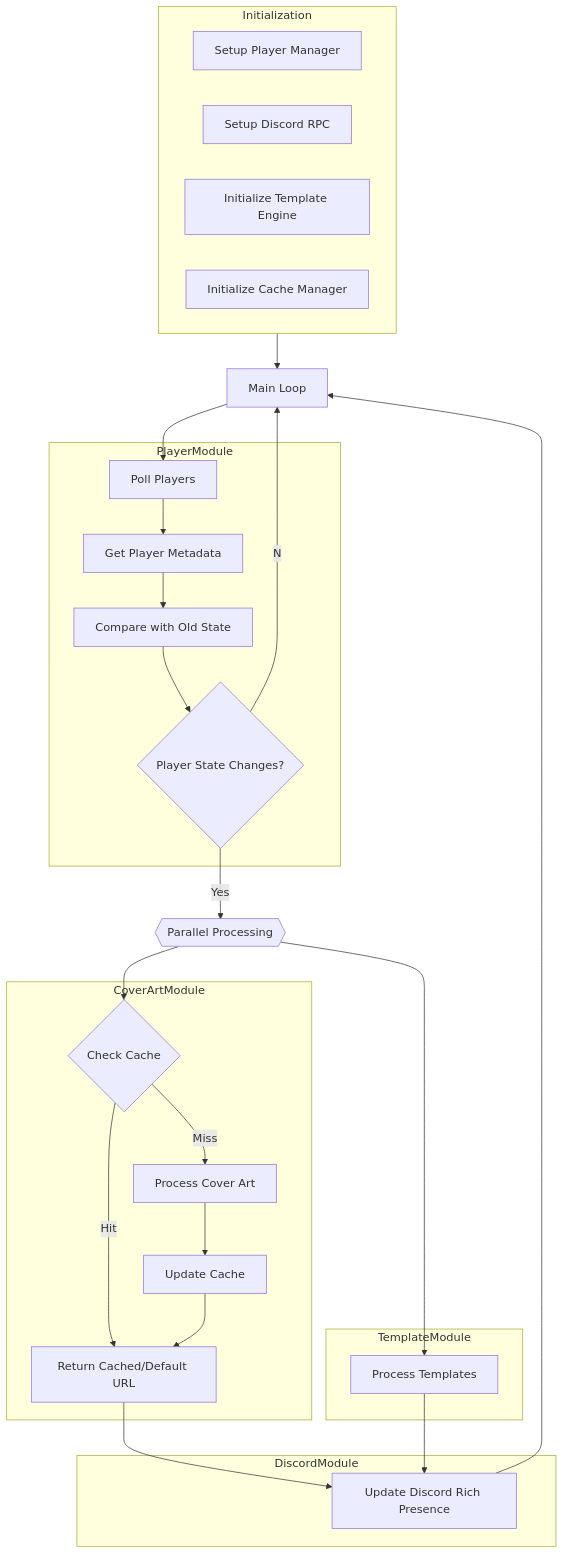
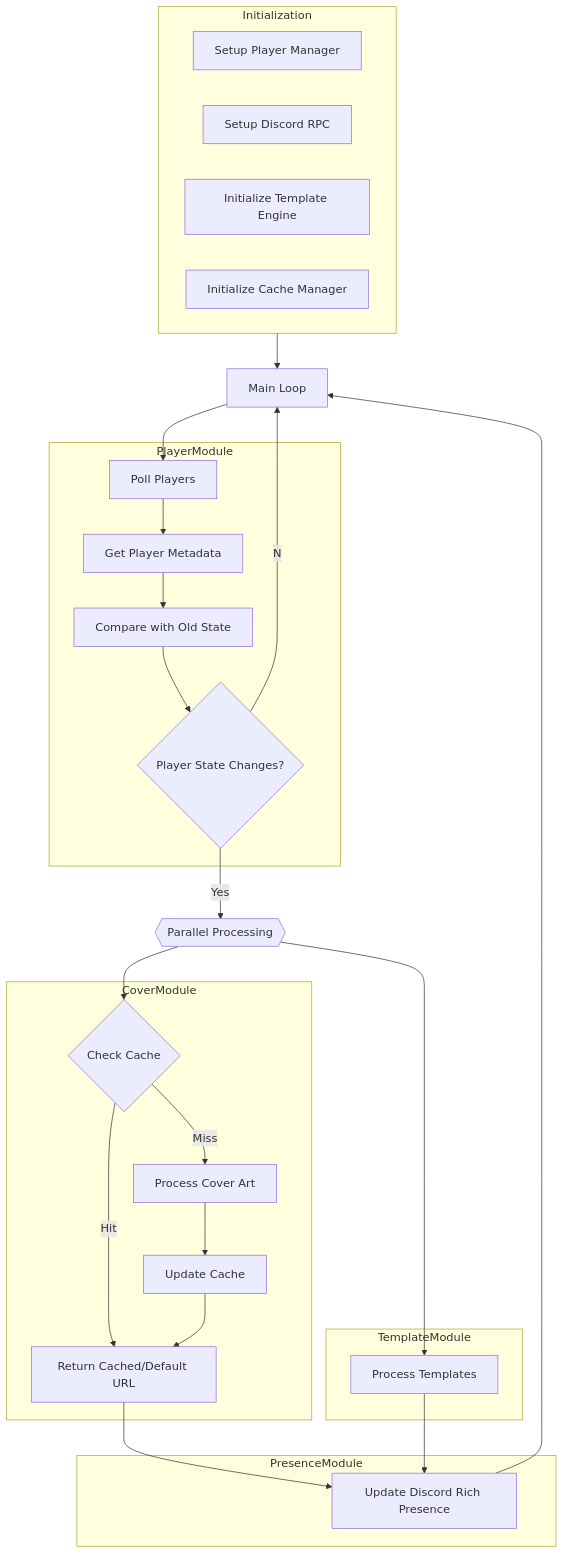
Before and after one commit to lazykern/mprisence: the diagram in flow.mmd, drawn with Mermaid. The commit also changed 8 other files, not shown here.

```diff
--- a/flow.mmd
+++ b/flow.mmd
@@ -1,48 +1,48 @@
 flowchart TD
     subgraph Initialization
         D1["Setup Player Manager"]
         D2["Setup Discord RPC"]
         D3["Initialize Template Engine"]
         D4["Initialize Cache Manager"]
     end
 
     subgraph PlayerModule
         P1["Poll Players"]
         P2["Get Player Metadata"]
         P3["Compare with Old State"]
         I1{"Player State Changes?"}
     end
 
-    subgraph CoverArtModule
+    subgraph CoverModule
         CA1{"Check Cache"}
         CA2["Process Cover Art"]
         CA3["Return Cached/Default URL"]
         CA4["Update Cache"]
     end
 
     subgraph TemplateModule
         T1["Process Templates"]
     end
 
-    subgraph DiscordModule
+    subgraph PresenceModule
         D5["Update Discord Rich Presence"]
     end
 
     Initialization --> MainLoop
 
     MainLoop["Main Loop"] --> P1
     P1 --> P2 --> P3 --> I1
 
     I1 --Yes--> parallel{{"Parallel Processing"}}
     I1 --No--> MainLoop
     parallel --> CA1
     parallel --> T1
 
     CA1 --Hit--> CA3
     CA1 --Miss--> CA2
     CA2 --> CA4
     CA4 --> CA3
 
 
     CA3 & T1 --> D5
     D5 --> MainLoop
```
